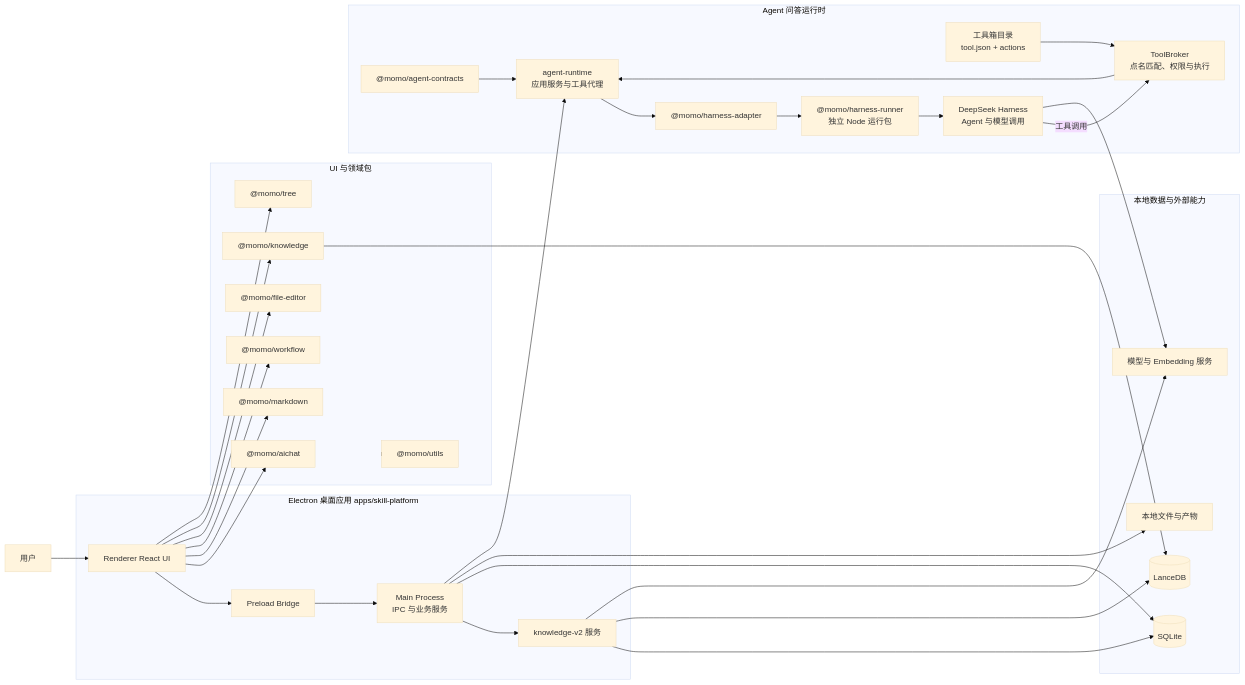
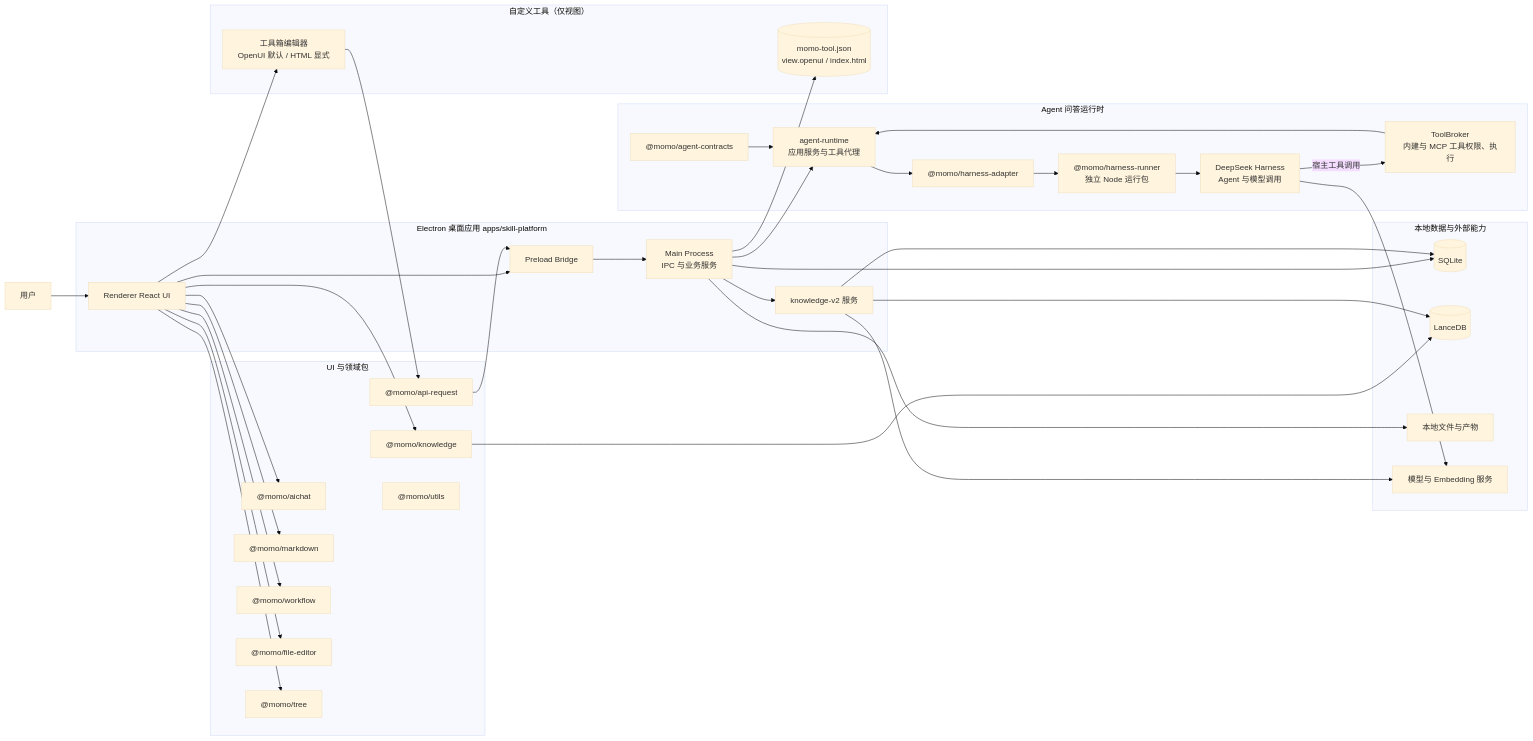
The first of 6 diagrams in docs/architecture/system-overview.md (zhangxinggang/momo-ai), drawn with Mermaid (base theme) before and after one commit. The commit also changed other lines of this file and 163 other files, not shown here.

````diff
--- a/docs/architecture/system-overview.md
+++ b/docs/architecture/system-overview.md
@@ -5,60 +5,68 @@
 ```mermaid
 flowchart LR
   User[用户]
 
   subgraph Desktop["Electron 桌面应用 apps/skill-platform"]
     Renderer[Renderer React UI]
     Preload[Preload Bridge]
     Main["Main Process<br/>IPC 与业务服务"]
     KbService["knowledge-v2 服务"]
     Renderer --> Preload --> Main
     Main --> KbService
   end
 
   subgraph UiPackages["UI 与领域包"]
     AIChat["@momo/aichat"]
     Markdown["@momo/markdown"]
     Workflow["@momo/workflow"]
     FileEditor["@momo/file-editor"]
     Knowledge["@momo/knowledge"]
     Tree["@momo/tree"]
+    ApiRequest["@momo/api-request"]
     Utils["@momo/utils"]
   end
 
   subgraph Runtime["Agent 问答运行时"]
     Contracts["@momo/agent-contracts"]
     RuntimeService["agent-runtime<br/>应用服务与工具代理"]
-    ToolCatalog["工具箱目录<br/>tool.json + actions"]
-    ToolBroker["ToolBroker<br/>点名匹配、权限与执行"]
+    ToolBroker["ToolBroker<br/>内建与 MCP 工具权限、执行"]
     Adapter["@momo/harness-adapter"]
     Harness["@momo/harness-runner<br/>独立 Node 运行包"]
     Agent["DeepSeek Harness<br/>Agent 与模型调用"]
     Contracts --> RuntimeService --> Adapter --> Harness --> Agent
-    ToolCatalog --> ToolBroker --> RuntimeService
-    Agent -->|工具调用| ToolBroker
+    Agent -->|宿主工具调用| ToolBroker --> RuntimeService
+  end
+
+  subgraph CustomViews["自定义工具（仅视图）"]
+    ToolEditor["工具箱编辑器<br/>OpenUI 默认 / HTML 显式"]
+    ToolFiles[("momo-tool.json<br/>view.openui / index.html")]
+    ToolEditor --> ApiRequest
   end
 
   subgraph Storage["本地数据与外部能力"]
     SQLite[(SQLite)]
     Lance[(LanceDB)]
     Files[本地文件与产物]
     Models[模型与 Embedding 服务]
   end
 
   User --> Renderer
   Renderer --> AIChat
   Renderer --> Markdown
   Renderer --> Workflow
   Renderer --> FileEditor
   Renderer --> Knowledge
   Renderer --> Tree
+  Renderer --> ToolEditor
+  ApiRequest --> Preload
   UiPackages --> Utils
   Main --> SQLite
   Main --> Files
+  Main --> ToolFiles
   Main --> RuntimeService
   Knowledge --> Lance
   KbService --> SQLite
   KbService --> Lance
   KbService --> Models
   Agent --> Models
 ```
````
